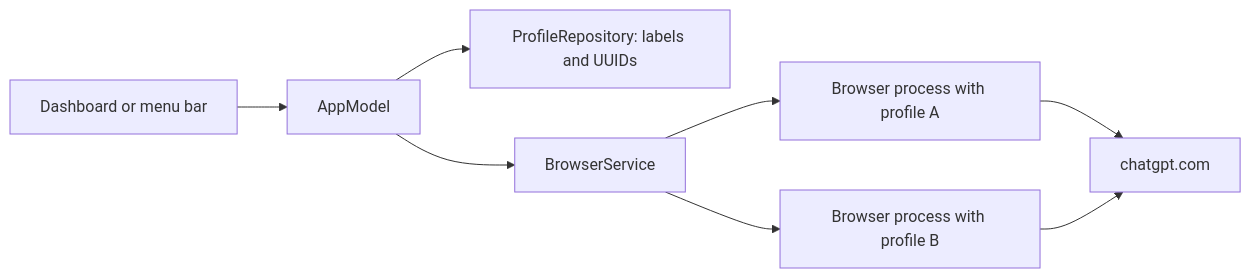
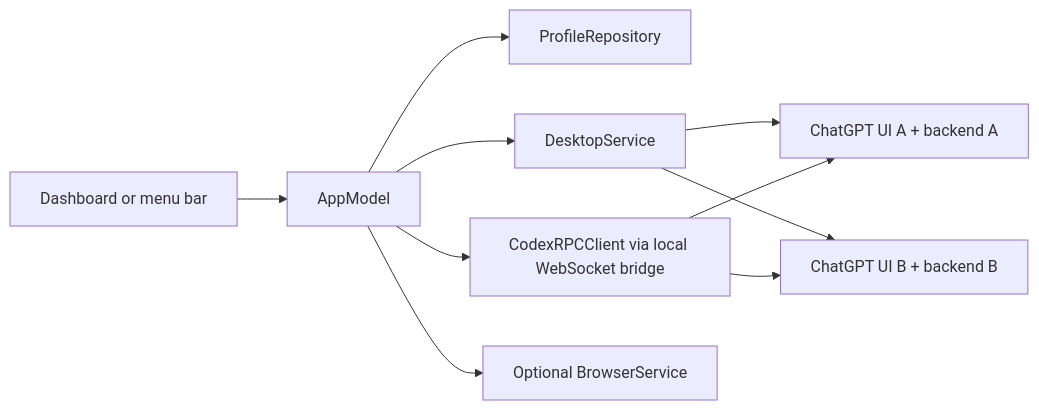
Before and after one commit to devoralabsapp/ai-switcher: the diagram in docs/ARCHITECTURE.md, drawn with Mermaid. The commit also changed other lines of this file and 26 other files, not shown here.

Commit message:
Add isolated ChatGPT Desktop sessions and shared-backend quota

````diff
--- a/docs/ARCHITECTURE.md
+++ b/docs/ARCHITECTURE.md
@@ -7,10 +5,12 @@
 ```mermaid
 flowchart LR
     UI[Dashboard or menu bar] --> Model[AppModel]
-    Model --> Metadata[ProfileRepository: labels and UUIDs]
-    Model --> Browser[BrowserService]
-    Browser --> A[Browser process with profile A]
-    Browser --> B[Browser process with profile B]
-    A --> ChatGPT[chatgpt.com]
-    B --> ChatGPT
+    Model --> Metadata[ProfileRepository]
+    Model --> Desktop[DesktopService]
+    Desktop --> A[ChatGPT UI A + backend A]
+    Desktop --> B[ChatGPT UI B + backend B]
+    Model --> Quota[CodexRPCClient via local WebSocket bridge]
+    Quota --> A
+    Quota --> B
+    Model --> Browser[Optional BrowserService]
 ```
````
